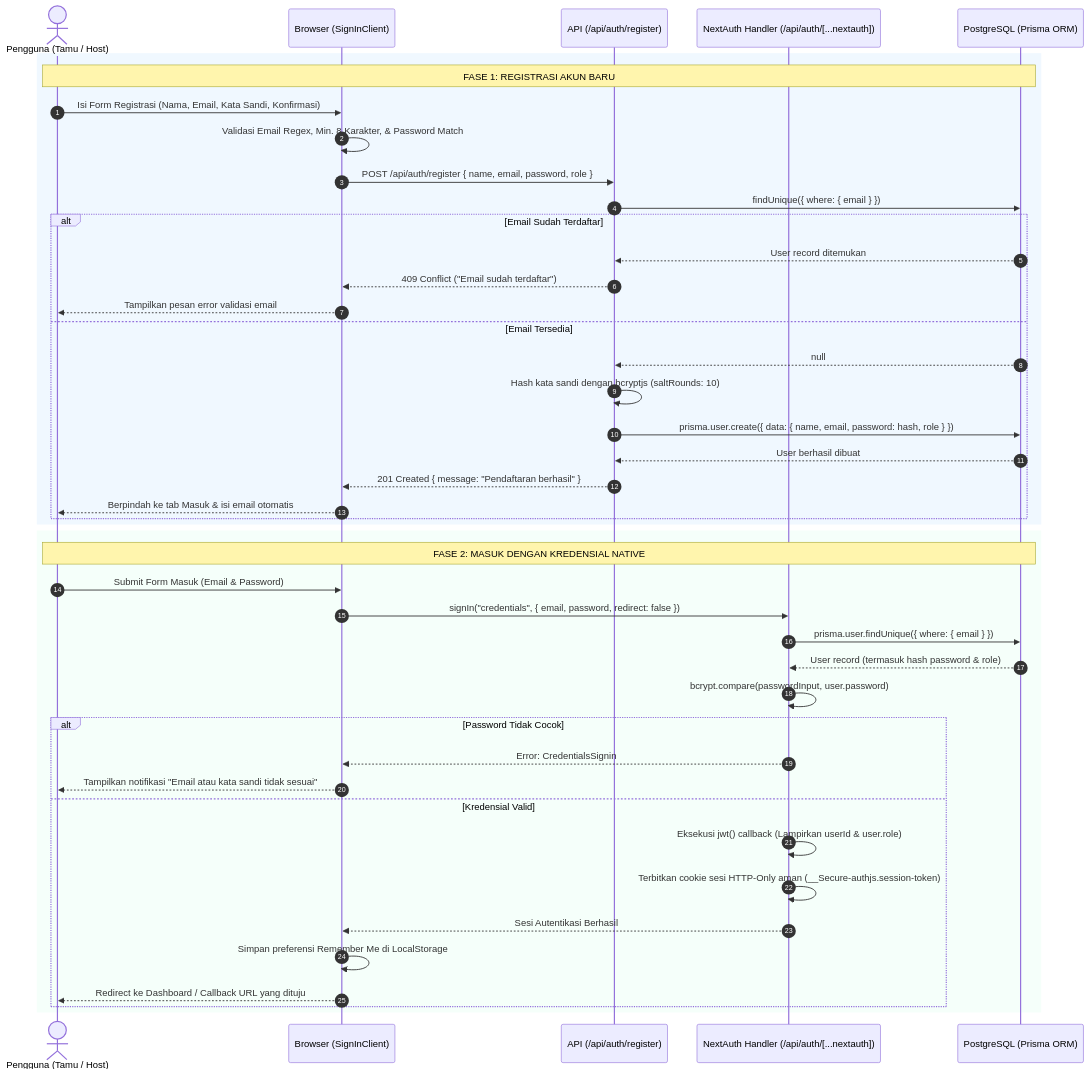
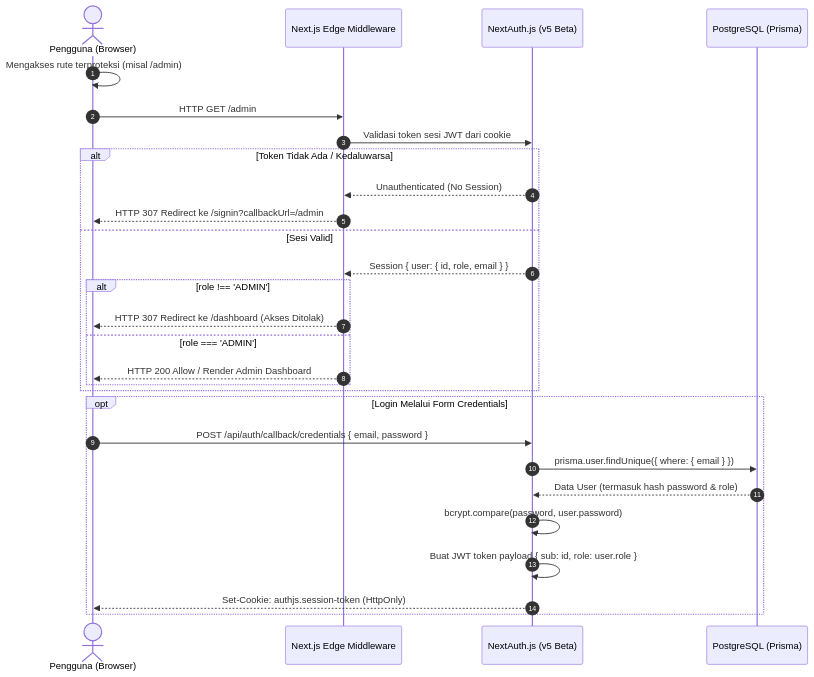
Before and after one commit to fadhilsyauqy/ruang-rehat-projects: the fifth of 9 diagrams in ARCHITECTURE.md, drawn with Mermaid. The commit also changed other lines of this file and 6 other files, not shown here.

Commit message:
docs: consolidate architecture blueprint, security roadmap, and project documentation

````diff
--- a/ARCHITECTURE.md
+++ b/ARCHITECTURE.md
@@ -346,50 +446,33 @@
 ```mermaid
 sequenceDiagram
     autonumber
-    actor User as Pengguna (Tamu / Host)
-    participant UI as Browser (SignInClient)
-    participant AuthAPI as API (/api/auth/register)
-    participant NextAuth as NextAuth Handler (/api/auth/[...nextauth])
-    participant DB as PostgreSQL (Prisma ORM)
+    actor User as Pengguna (Browser)
+    participant MW as Next.js Edge Middleware
+    participant Auth as NextAuth.js (v5 Beta)
+    participant DB as PostgreSQL (Prisma)
 
-    %% Fase 1: Registrasi Akun Baru
-    rect rgb(240, 248, 255)
-        Note over User, DB: FASE 1: REGISTRASI AKUN BARU
-        User->>UI: Isi Form Registrasi (Nama, Email, Kata Sandi, Konfirmasi)
-        UI->>UI: Validasi Email Regex, Min. 8 Karakter, & Password Match
-        UI->>AuthAPI: POST /api/auth/register { name, email, password, role }
-        AuthAPI->>DB: findUnique({ where: { email } })
-        alt Email Sudah Terdaftar
-            DB-->>AuthAPI: User record ditemukan
-            AuthAPI-->>UI: 409 Conflict ("Email sudah terdaftar")
-            UI-->>User: Tampilkan pesan error validasi email
-        else Email Tersedia
-            DB-->>AuthAPI: null
-            AuthAPI->>AuthAPI: Hash kata sandi dengan bcryptjs (saltRounds: 10)
-            AuthAPI->>DB: prisma.user.create({ data: { name, email, password: hash, role } })
-            DB-->>AuthAPI: User berhasil dibuat
-            AuthAPI-->>UI: 201 Created { message: "Pendaftaran berhasil" }
-            UI-->>User: Berpindah ke tab Masuk & isi email otomatis
+    User->>User: Mengakses rute terproteksi (misal /admin)
+    User->>MW: HTTP GET /admin
+    MW->>Auth: Validasi token sesi JWT dari cookie
+    
+    alt Token Tidak Ada / Kedaluwarsa
+        Auth-->>MW: Unauthenticated (No Session)
+        MW-->>User: HTTP 307 Redirect ke /signin?callbackUrl=/admin
+    else Sesi Valid
+        Auth-->>MW: Session { user: { id, role, email } }
+        alt role !== 'ADMIN'
+            MW-->>User: HTTP 307 Redirect ke /dashboard (Akses Ditolak)
+        else role === 'ADMIN'
+            MW-->>User: HTTP 200 Allow / Render Admin Dashboard
         end
     end
 
-    %% Fase 2: Login & Penerbitan JWT Sesi
-    rect rgb(245, 255, 250)
-        Note over User, DB: FASE 2: MASUK DENGAN KREDENSIAL NATIVE
-        User->>UI: Submit Form Masuk (Email & Password)
-        UI->>NextAuth: signIn("credentials", { email, password, redirect: false })
-        NextAuth->>DB: prisma.user.findUnique({ where: { email } })
-        DB-->>NextAuth: User record (termasuk hash password & role)
-        NextAuth->>NextAuth: bcrypt.compare(passwordInput, user.password)
-        alt Password Tidak Cocok
-            NextAuth-->>UI: Error: CredentialsSignin
-            UI-->>User: Tampilkan notifikasi "Email atau kata sandi tidak sesuai"
-        else Kredensial Valid
-            NextAuth->>NextAuth: Eksekusi jwt() callback (Lampirkan userId & user.role)
-            NextAuth->>NextAuth: Terbitkan cookie sesi HTTP-Only aman (__Secure-authjs.session-token)
-            NextAuth-->>UI: Sesi Autentikasi Berhasil
-            UI->>UI: Simpan preferensi Remember Me di LocalStorage
-            UI-->>User: Redirect ke Dashboard / Callback URL yang dituju
-        end
+    opt Login Melalui Form Credentials
+        User->>Auth: POST /api/auth/callback/credentials { email, password }
+        Auth->>DB: prisma.user.findUnique({ where: { email } })
+        DB-->>Auth: Data User (termasuk hash password & role)
+        Auth->>Auth: bcrypt.compare(password, user.password)
+        Auth->>Auth: Buat JWT token payload { sub: id, role: user.role }
+        Auth-->>User: Set-Cookie: authjs.session-token (HttpOnly)
     end
 ```
````
